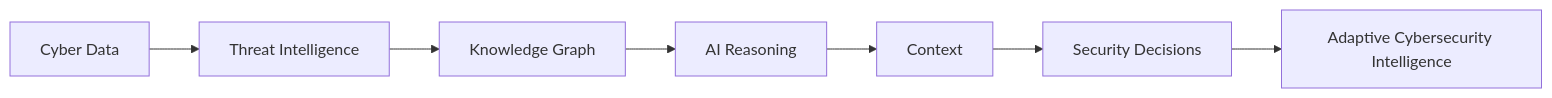
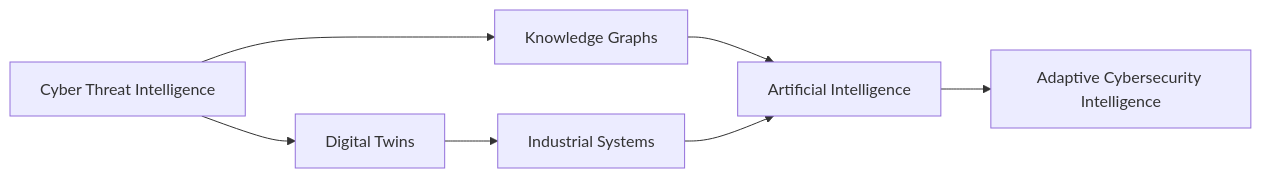
Before and after one commit to orchicyb/orchicyb: the diagram in README.md, drawn with Mermaid. The commit also changed other lines of this file, not shown here.

````diff
--- a/README.md
+++ b/README.md
@@ -42,18 +48,17 @@
 ```mermaid
 flowchart LR
 
-A[Cyber Data]
-B[Threat Intelligence]
-C[Knowledge Graph]
-D[AI Reasoning]
-E[Context]
-F[Security Decisions]
-G[Adaptive Cybersecurity Intelligence]
+A[Cyber Threat Intelligence]
+B[Knowledge Graphs]
+C[Digital Twins]
+D[Industrial Systems]
+E[Artificial Intelligence]
+F[Adaptive Cybersecurity Intelligence]
 
 A --> B
-B --> C
+A --> C
 C --> D
+B --> E
 D --> E
 E --> F
-F --> G
 ```
````
